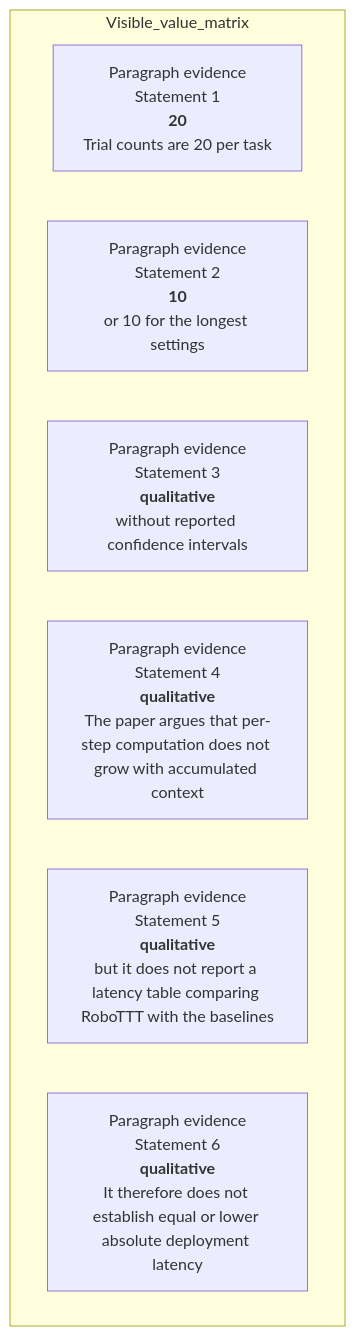
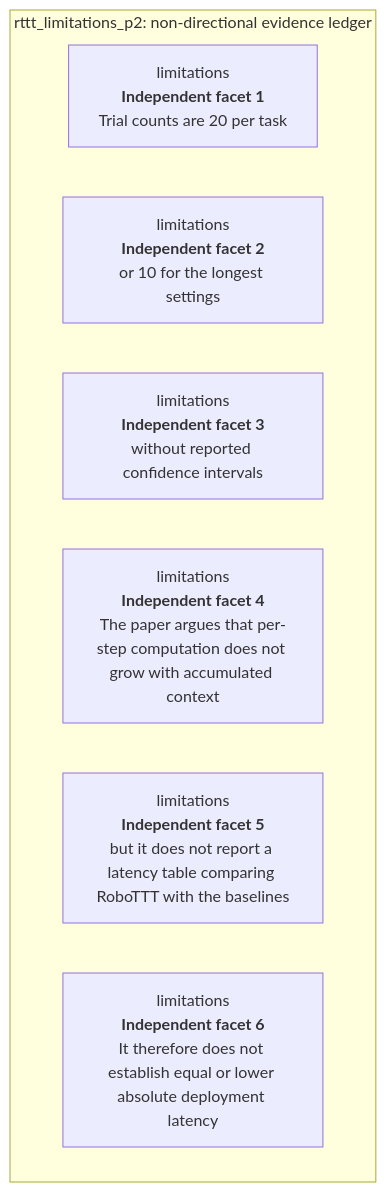
Before and after one commit to Betancourt1/paper_atlas: diagram 41 of 48 in docs/visual-manifests/VISUAL_MANIFEST_ROBOTT.md, drawn with Mermaid. The commit also changed other lines of this file and 7 other files, not shown here.

````diff
--- a/docs/visual-manifests/VISUAL_MANIFEST_ROBOTT.md
+++ b/docs/visual-manifests/VISUAL_MANIFEST_ROBOTT.md
@@ -3460,11 +3463,11 @@
 ```mermaid
 flowchart TB
-  subgraph Visible_value_matrix
-    r1["Paragraph evidence<br/>Statement 1<br/><b>20</b><br/>Trial counts are 20 per task"]
-    r2["Paragraph evidence<br/>Statement 2<br/><b>10</b><br/>or 10 for the longest settings"]
-    r3["Paragraph evidence<br/>Statement 3<br/><b>qualitative</b><br/>without reported confidence intervals"]
-    r4["Paragraph evidence<br/>Statement 4<br/><b>qualitative</b><br/>The paper argues that per-step computation does not grow with accumulated context"]
-    r5["Paragraph evidence<br/>Statement 5<br/><b>qualitative</b><br/>but it does not report a latency table comparing RoboTTT with the baselines"]
-    r6["Paragraph evidence<br/>Statement 6<br/><b>qualitative</b><br/>It therefore does not establish equal or lower absolute deployment latency"]
+  subgraph Ledger["rttt_limitations_p2: non-directional evidence ledger"]
+    r1["limitations<br/><b>Independent facet 1</b><br/>Trial counts are 20 per task"]
+    r2["limitations<br/><b>Independent facet 2</b><br/>or 10 for the longest settings"]
+    r3["limitations<br/><b>Independent facet 3</b><br/>without reported confidence intervals"]
+    r4["limitations<br/><b>Independent facet 4</b><br/>The paper argues that per-step computation does not grow with accumulated context"]
+    r5["limitations<br/><b>Independent facet 5</b><br/>but it does not report a latency table comparing RoboTTT with the baselines"]
+    r6["limitations<br/><b>Independent facet 6</b><br/>It therefore does not establish equal or lower absolute deployment latency"]
   end
 ```
````
